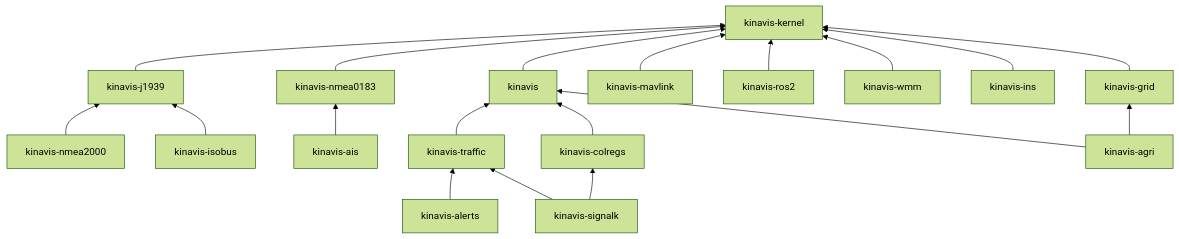
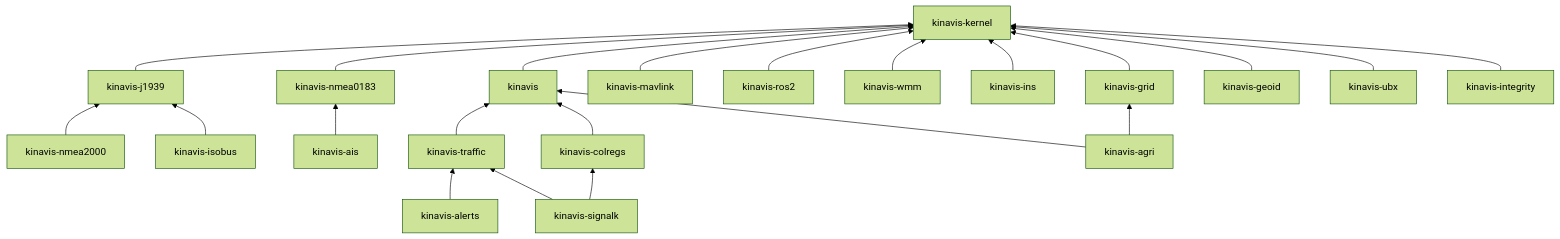
Before and after one commit to KINAVIS/kinavis: the diagram in README.md, drawn with Mermaid (forest theme). The commit also changed other lines of this file, not shown here.

````diff
--- a/README.md
+++ b/README.md
@@ -71,22 +83,25 @@
 ```mermaid
 graph BT
     kernel[kinavis-kernel]
     kinavis --> kernel
     nmea0183[kinavis-nmea0183] --> kernel
     j1939[kinavis-j1939] --> kernel
     nmea2000[kinavis-nmea2000] --> j1939
     isobus[kinavis-isobus] --> j1939
     mavlink[kinavis-mavlink] --> kernel
     ros2[kinavis-ros2] --> kernel
     wmm[kinavis-wmm] --> kernel
     ins[kinavis-ins] --> kernel
     ais[kinavis-ais] --> nmea0183
     traffic[kinavis-traffic] --> kinavis
     colregs[kinavis-colregs] --> kinavis
     grid[kinavis-grid] --> kernel
+    geoid[kinavis-geoid] --> kernel
+    ubx[kinavis-ubx] --> kernel
+    integrity[kinavis-integrity] --> kernel
     agri[kinavis-agri] --> kinavis
     agri --> grid
     alerts[kinavis-alerts] --> traffic
     signalk[kinavis-signalk] --> traffic
     signalk --> colregs
 ```
````
